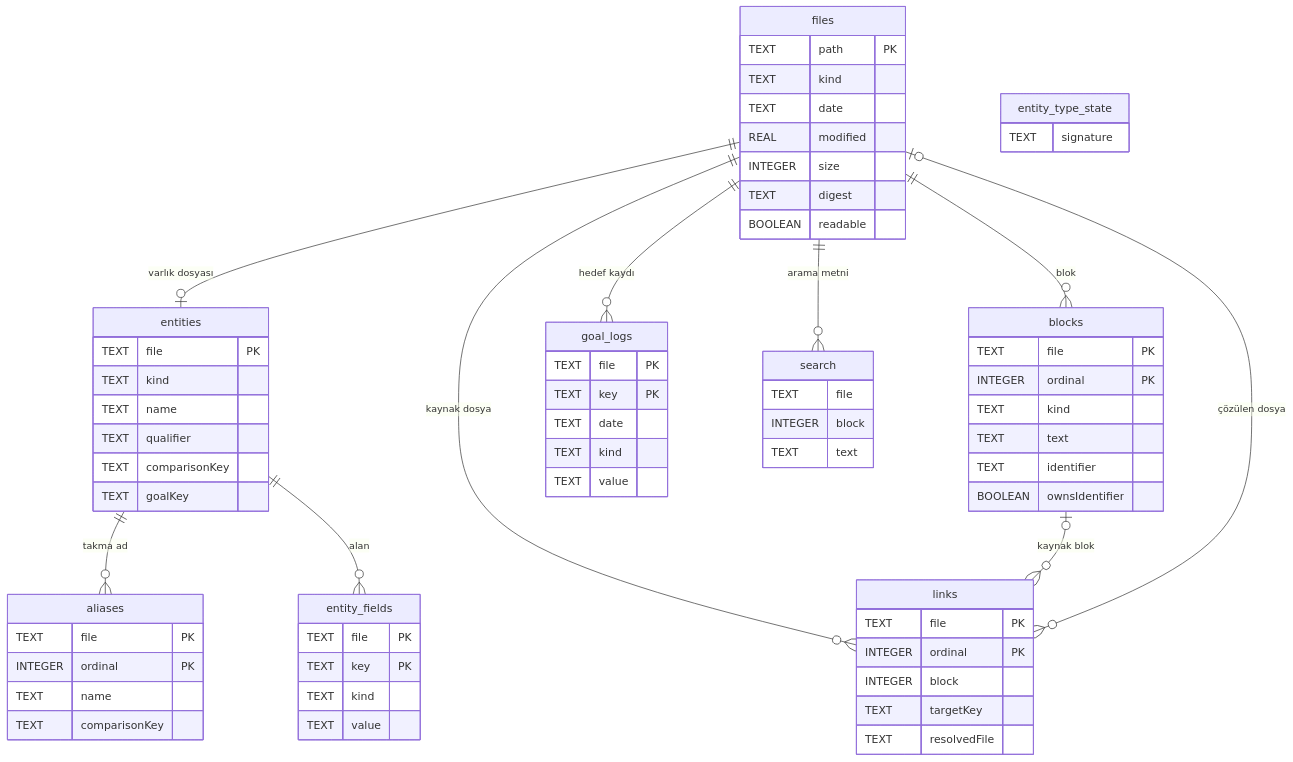
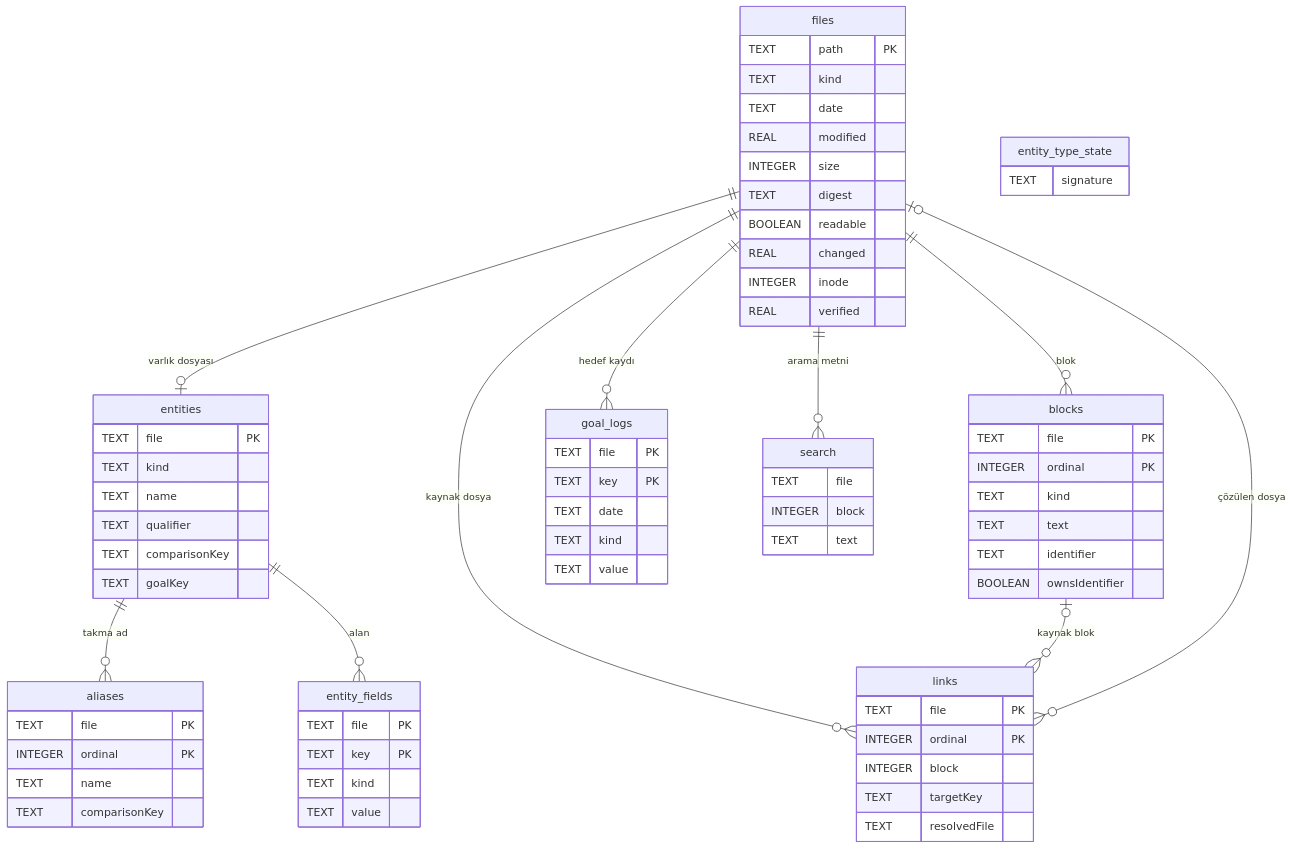
Before and after one commit to dogancanyildiz/kenet: diagram 13 of 18 in docs/architecture.md, drawn with Mermaid. The commit also changed other lines of this file and 18 other files, not shown here.

````diff
--- a/docs/architecture.md
+++ b/docs/architecture.md
@@ -736,71 +736,74 @@
 ```mermaid
 erDiagram
   files ||--o| entities : "varlık dosyası"
   entities ||--o{ aliases : "takma ad"
   entities ||--o{ entity_fields : "alan"
   files ||--o{ blocks : "blok"
   files ||--o{ links : "kaynak dosya"
   blocks |o--o{ links : "kaynak blok"
   files |o--o{ links : "çözülen dosya"
   files ||--o{ goal_logs : "hedef kaydı"
   files ||--o{ search : "arama metni"
   files {
     TEXT path PK
     TEXT kind
     TEXT date
     REAL modified
     INTEGER size
     TEXT digest
     BOOLEAN readable
+    REAL changed
+    INTEGER inode
+    REAL verified
   }
   entities {
     TEXT file PK
     TEXT kind
     TEXT name
     TEXT qualifier
     TEXT comparisonKey
     TEXT goalKey
   }
   aliases {
     TEXT file PK
     INTEGER ordinal PK
     TEXT name
     TEXT comparisonKey
   }
   entity_fields {
     TEXT file PK
     TEXT key PK
     TEXT kind
     TEXT value
   }
   blocks {
     TEXT file PK
     INTEGER ordinal PK
     TEXT kind
     TEXT text
     TEXT identifier
     BOOLEAN ownsIdentifier
   }
   links {
     TEXT file PK
     INTEGER ordinal PK
     INTEGER block
     TEXT targetKey
     TEXT resolvedFile
   }
   goal_logs {
     TEXT file PK
     TEXT key PK
     TEXT date
     TEXT kind
     TEXT value
   }
   search {
     TEXT file
     INTEGER block
     TEXT text
   }
   entity_type_state {
     TEXT signature
   }
 ```
````
